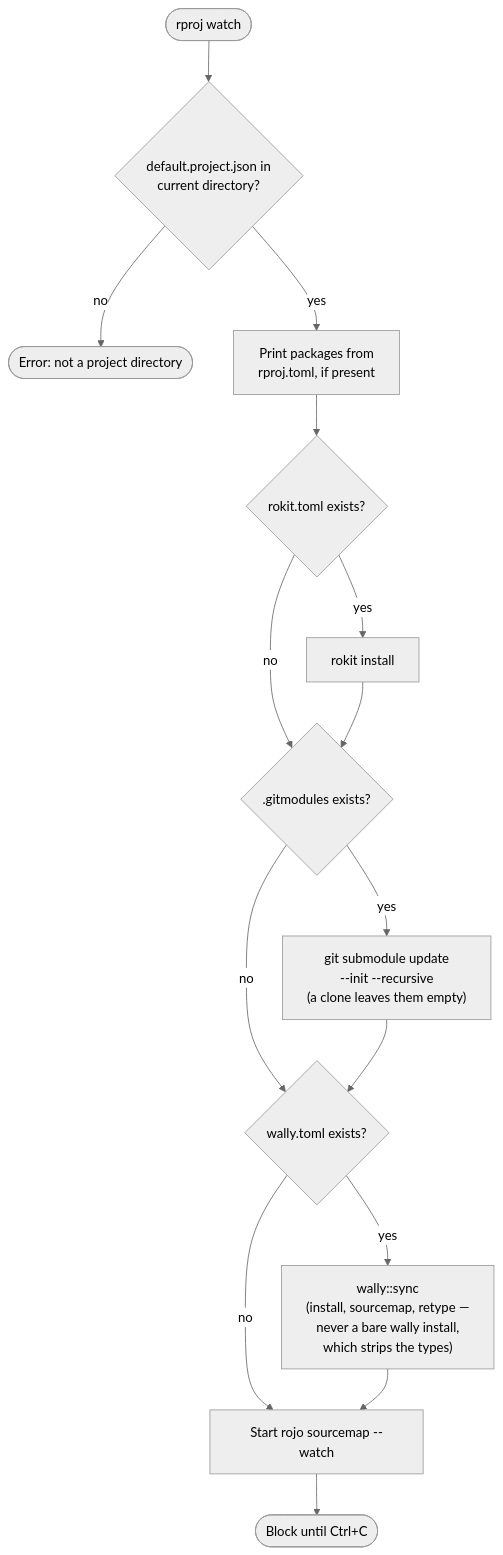
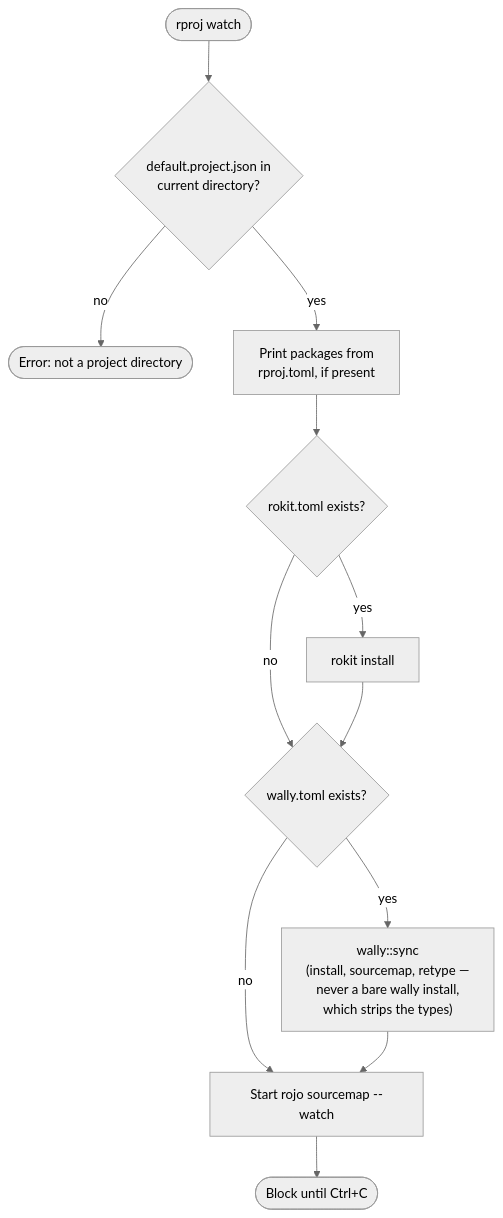
Before and after one commit to chatarabdelilah/rproj: the sixth of 6 diagrams in docs/architecture.md, drawn with Mermaid (neutral theme). The commit also changed other lines of this file and 37 other files, not shown here.

First line of the commit message:
Retire Git-submodule dependencies (#93)

````diff
--- a/docs/architecture.md
+++ b/docs/architecture.md
@@ -779,17 +763,14 @@
 ```mermaid
 flowchart TD
     A(["rproj watch"]) --> B{"default.project.json in\ncurrent directory?"}
     B -- no --> C(["Error: not a project directory"])
     B -- yes --> D["Print packages from\nrproj.toml, if present"]
     D --> E{rokit.toml exists?}
     E -- yes --> F[rokit install]
-    E -- no --> S
-    F --> S{.gitmodules exists?}
-    S -- yes --> T["git submodule update\n--init --recursive\n(a clone leaves them empty)"]
-    S -- no --> G
-    T --> G{wally.toml exists?}
+    E -- no --> G
+    F --> G{wally.toml exists?}
     G -- yes --> H["wally::sync\n(install, sourcemap, retype —\nnever a bare wally install,\nwhich strips the types)"]
     G -- no --> I
     H --> I["Start rojo sourcemap --watch"]
     I --> J(["Block until Ctrl+C"])
 ```
````
